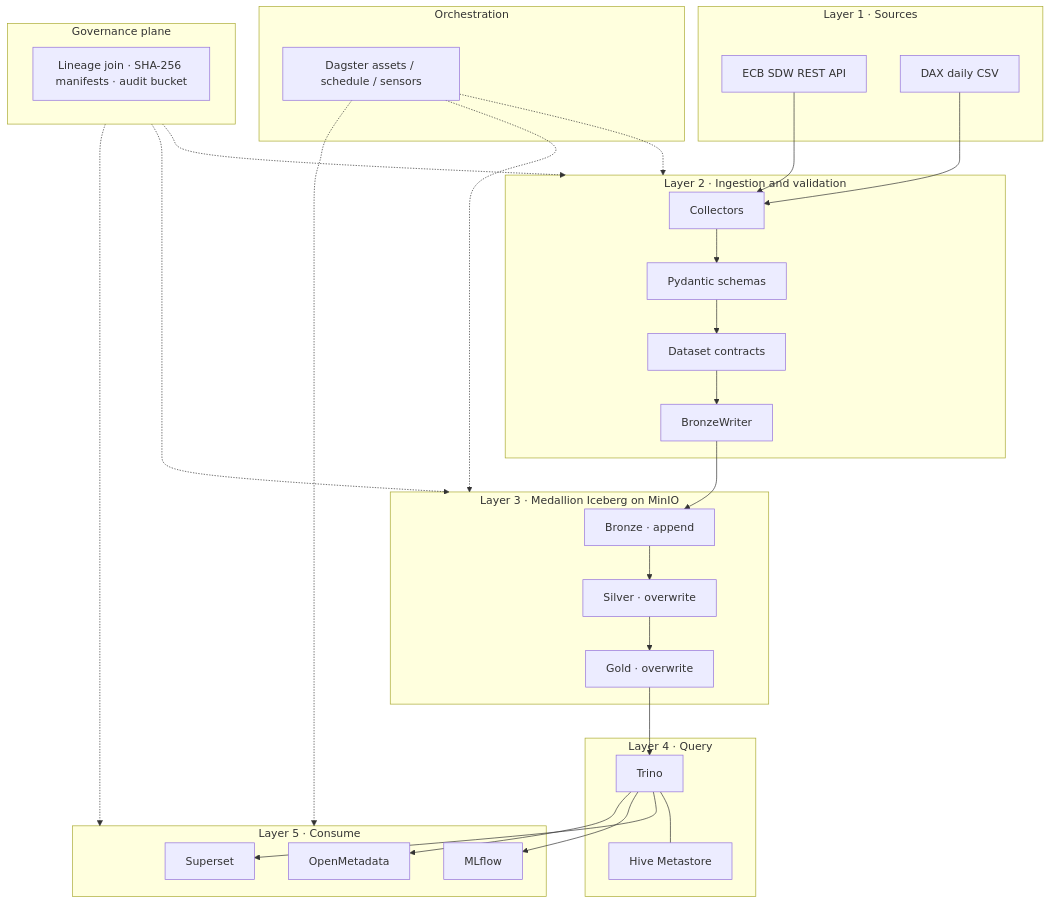
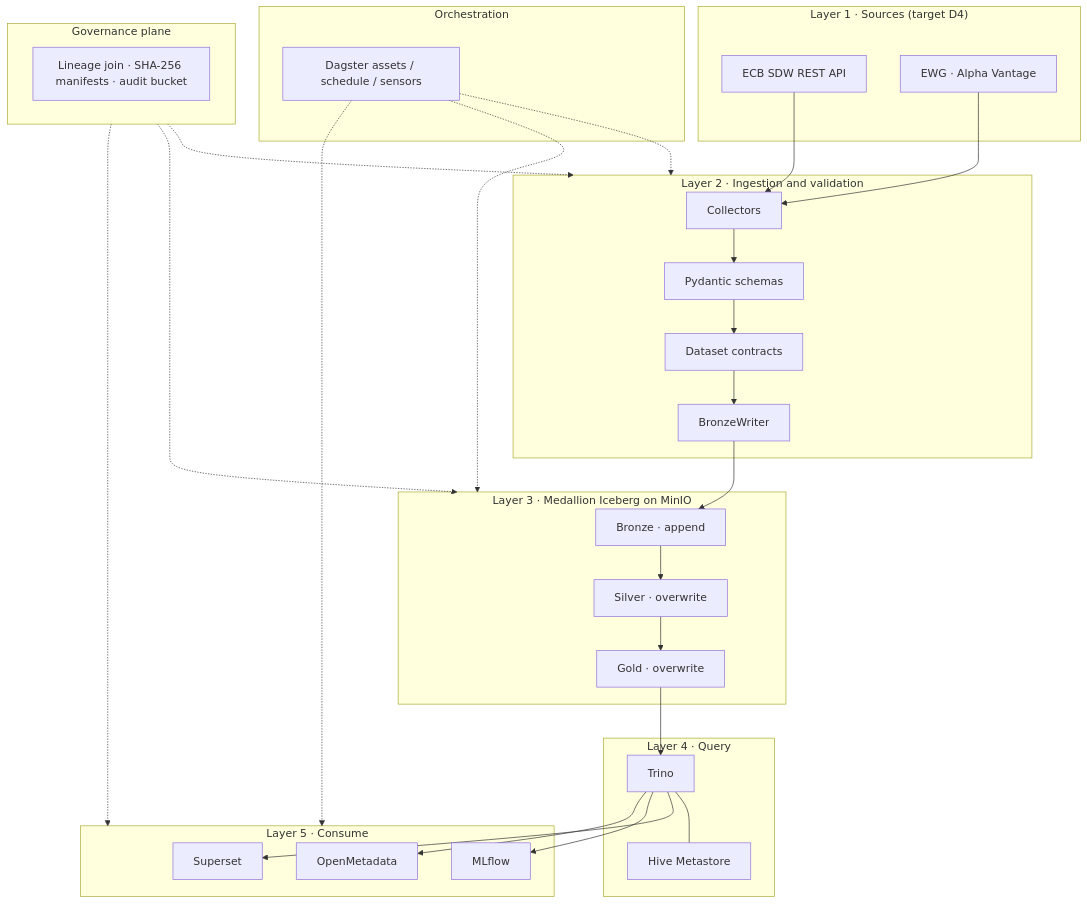
The first of 2 diagrams in TASKS.md (Jiahong-Que-9527/SoloLakehouse), drawn with Mermaid before and after one commit. The commit also changed other lines of this file and 14 other files, not shown here.

````diff
--- a/TASKS.md
+++ b/TASKS.md
@@ -474,56 +480,56 @@
 ```mermaid
 flowchart TB
-  subgraph L1["Layer 1 · Sources"]
+  subgraph L1["Layer 1 · Sources (target D4)"]
     ECB["ECB SDW REST API"]
-    DAX["DAX daily CSV"]
+    EWG["EWG · Alpha Vantage"]
   end
 
   subgraph L2["Layer 2 · Ingestion and validation"]
     COL["Collectors"]
     PYD["Pydantic schemas"]
     CTR["Dataset contracts"]
     BW["BronzeWriter"]
     COL --> PYD --> CTR --> BW
   end
 
   subgraph L3["Layer 3 · Medallion Iceberg on MinIO"]
     BR["Bronze · append"]
     SV["Silver · overwrite"]
     GD["Gold · overwrite"]
     BR --> SV --> GD
   end
 
   subgraph L4["Layer 4 · Query"]
     TRINO["Trino"]
     HMS["Hive Metastore"]
     TRINO --- HMS
   end
 
   subgraph L5["Layer 5 · Consume"]
     SUP["Superset"]
     MLF["MLflow"]
     OM["OpenMetadata"]
   end
 
   subgraph ORCH["Orchestration"]
     DG["Dagster assets / schedule / sensors"]
   end
 
   subgraph GOV["Governance plane"]
     EV["Lineage join · SHA-256 manifests · audit bucket"]
   end
 
   ECB --> COL
-  DAX --> COL
+  EWG --> COL
   BW --> BR
   GD --> TRINO
   TRINO --> SUP
   TRINO --> MLF
   TRINO --> OM
   DG -.-> L2
   DG -.-> L3
   DG -.-> L5
   GOV -.-> L2
   GOV -.-> L3
   GOV -.-> L5
 ```
````
